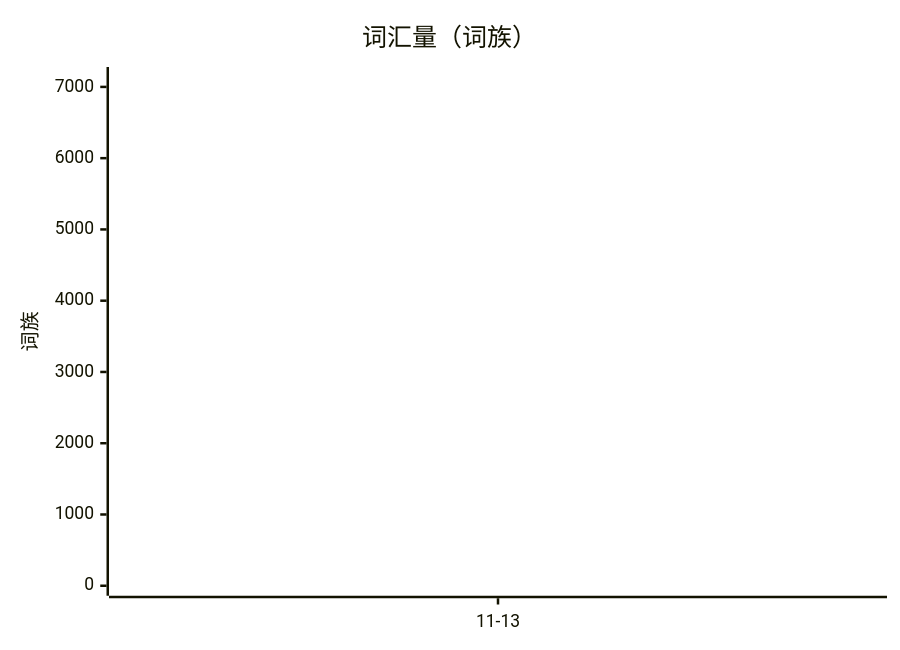
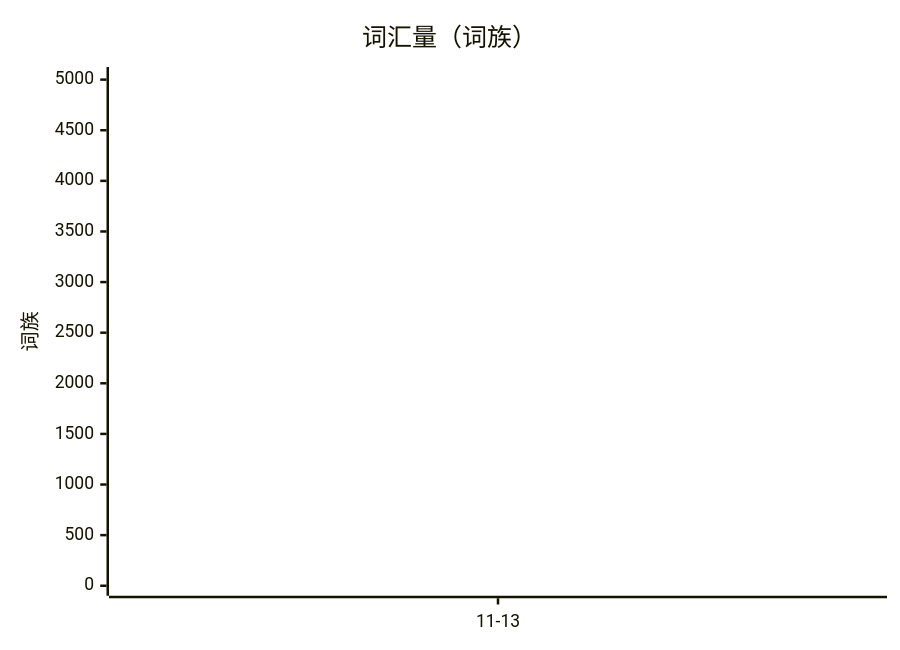
Before and after one commit to Frank-Humingtao/english-profile: the diagram in README.md, drawn with Mermaid. The commit also changed other lines of this file and 4 other files, not shown here.

````diff
--- a/README.md
+++ b/README.md
@@ -9,7 +9,7 @@
 ```mermaid
 xychart-beta
   title "词汇量（词族）"
   x-axis ["11-13"]
-  y-axis "词族" 0 --> 7139
-  line [4604]
+  y-axis "词族" 0 --> 5026
+  line [3767]
 ```
````
